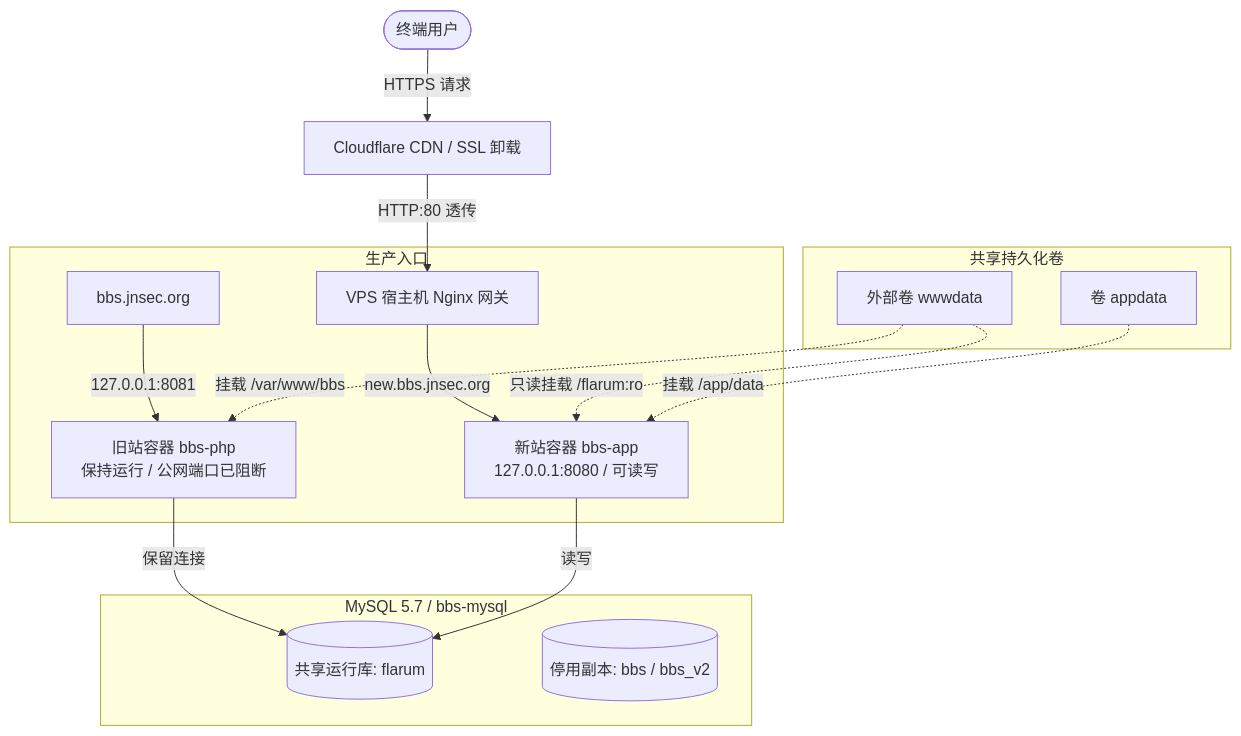
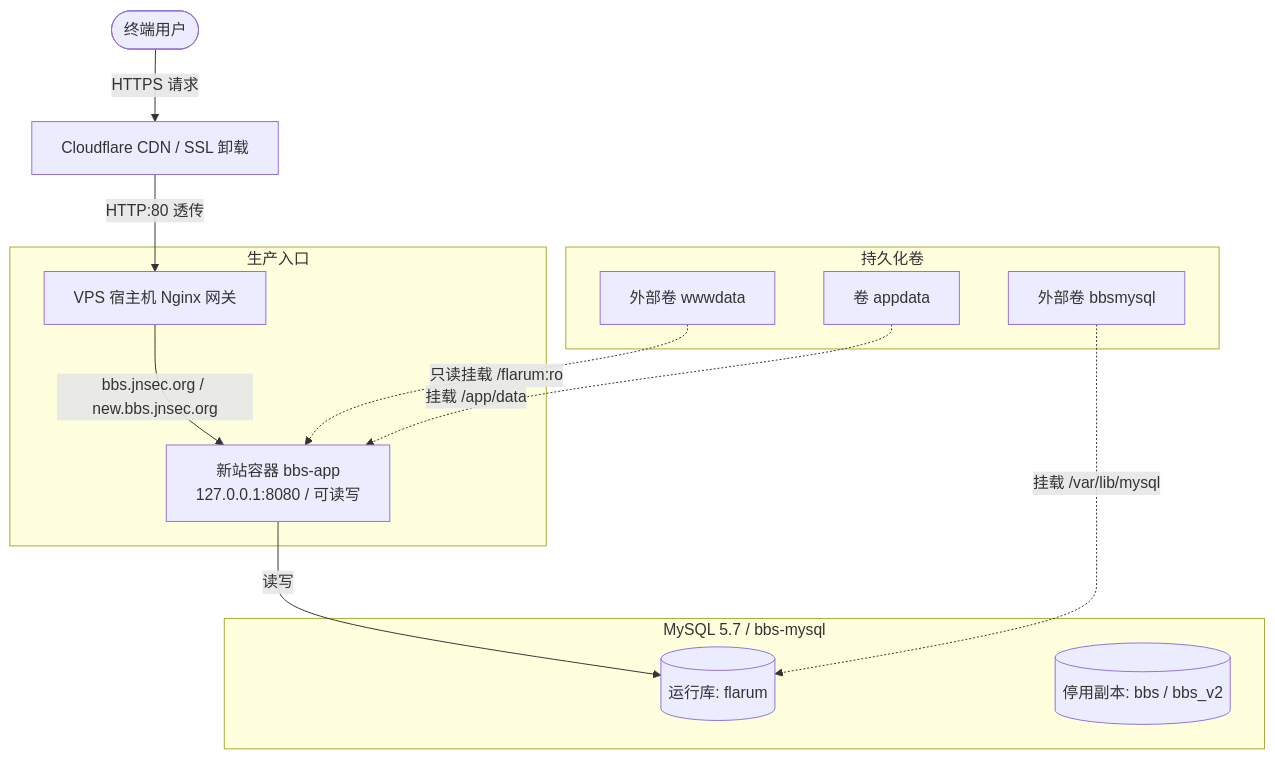
The third of 3 diagrams in README.md (exzco/jnsecBBS), drawn with Mermaid before and after one commit. The commit also changed other lines of this file and 147 other files, not shown here.

````diff
--- a/README.md
+++ b/README.md
@@ -125,23 +136,21 @@
 ```mermaid
 flowchart TD
     User([终端用户]) -->|HTTPS 请求| Cloudflare[Cloudflare CDN / SSL 卸载]
     
     Cloudflare -->|HTTP:80 透传| Nginx[VPS 宿主机 Nginx 网关]
     
     subgraph DomainRouting [生产入口]
-        Nginx -->|new.bbs.jnsec.org| GoApp[新站容器 bbs-app<br/>127.0.0.1:8080 / 可读写]
-        Operator[bbs.jnsec.org] -->|127.0.0.1:8081| PHPApp[旧站容器 bbs-php<br/>保持运行 / 公网端口已阻断]
+        Nginx -->|bbs.jnsec.org / new.bbs.jnsec.org| GoApp[新站容器 bbs-app<br/>127.0.0.1:8080 / 可读写]
     end
     
     subgraph DataStorage [MySQL 5.7 / bbs-mysql]
-        PHPApp -->|保留连接| DB_Flarum[(共享运行库: flarum)]
-        GoApp -->|读写| DB_Flarum
+        GoApp -->|读写| DB_Flarum[(运行库: flarum)]
         Inactive[(停用副本: bbs / bbs_v2)]
     end
 
-    subgraph Volumes [共享持久化卷]
-        Vol_WWW[外部卷 wwwdata] -.->|挂载 /var/www/bbs| PHPApp
-        Vol_WWW -.->|只读挂载 /flarum:ro| GoApp
+    subgraph Volumes [持久化卷]
+        Vol_DB[外部卷 bbsmysql] -.->|挂载 /var/lib/mysql| DB_Flarum
+        Vol_WWW[外部卷 wwwdata] -.->|只读挂载 /flarum:ro| GoApp
         Vol_App[卷 appdata] -.->|挂载 /app/data| GoApp
     end
 ```
````
